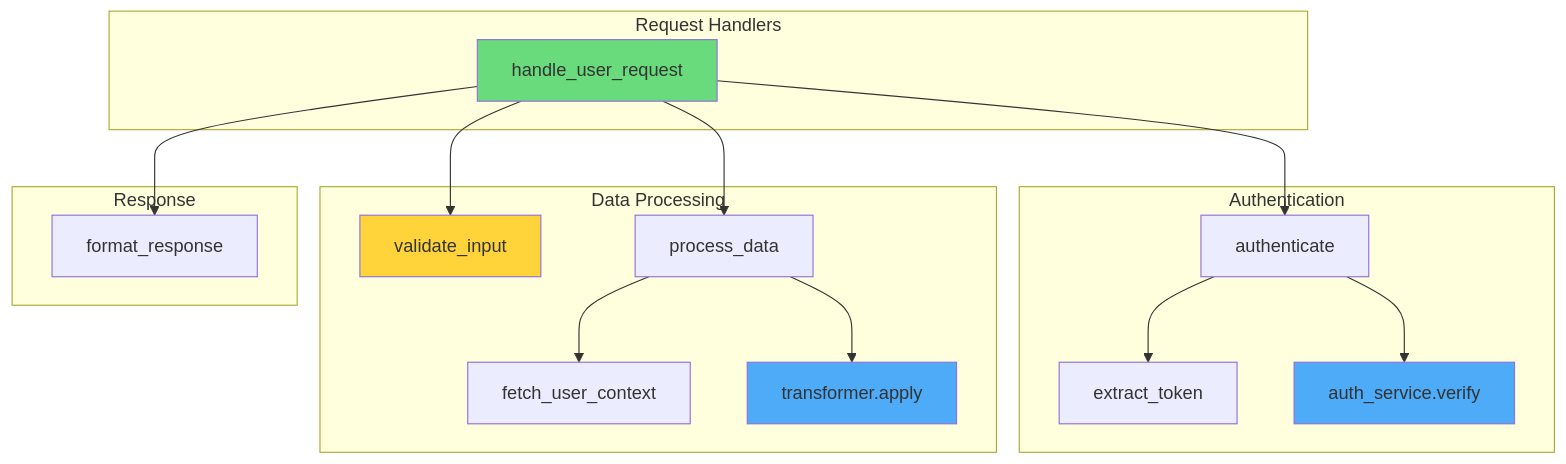
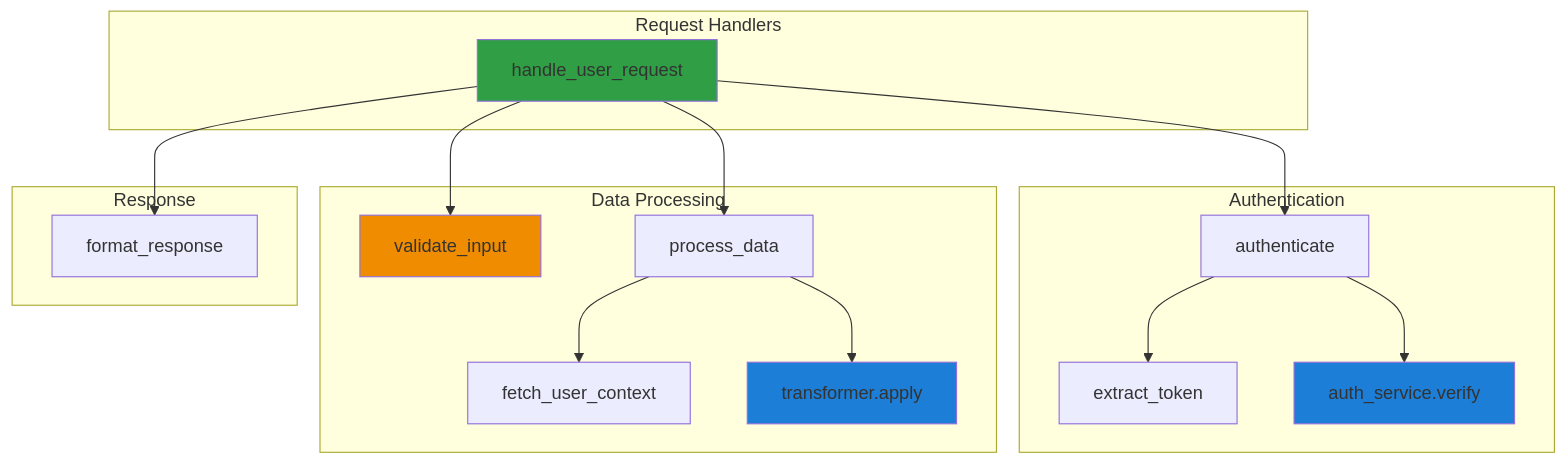
The second of 4 diagrams in examples/call-graph.md (selimabeniacar/gemini-skills), drawn with Mermaid before and after one commit. The commit also changed other lines of this file and 6 other files, not shown here.

Commit message:
Add /flow skill for generating flow diagrams

````diff
--- a/examples/call-graph.md
+++ b/examples/call-graph.md
@@ -104,37 +104,37 @@
 ```mermaid
 flowchart TD
-    subgraph handlers [Request Handlers]
+    subgraph handlers ["Request Handlers"]
         A[handle_user_request]
     end
 
-    subgraph auth [Authentication]
+    subgraph auth ["Authentication"]
         B[authenticate]
         C[extract_token]
         D[auth_service.verify]
     end
 
-    subgraph processing [Data Processing]
+    subgraph processing ["Data Processing"]
         E[validate_input]
         F[process_data]
         G[fetch_user_context]
         H[transformer.apply]
     end
 
-    subgraph response [Response]
+    subgraph response ["Response"]
         I[format_response]
     end
 
     A --> B
     A --> E
     A --> F
     A --> I
     B --> C
     B --> D
     F --> G
     F --> H
 
-    style A fill:#69db7c
-    style D fill:#4dabf7
-    style H fill:#4dabf7
-    style E fill:#ffd43b
+    style A fill:#2f9e44
+    style D fill:#1c7ed6
+    style H fill:#1c7ed6
+    style E fill:#f08c00
 ```
````
